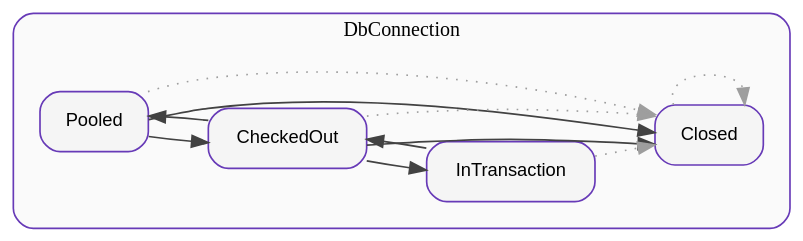
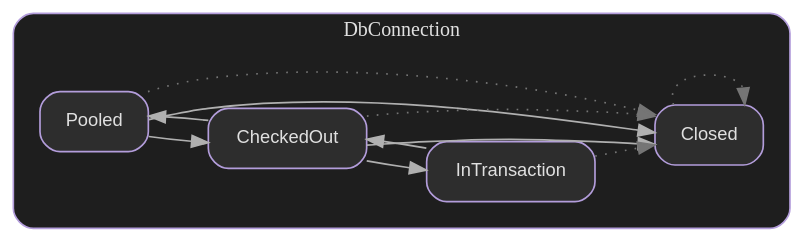
One commit to elijahr/nim-typestates changed the third of 4 diagrams in docs/guide/visualization.md. Above: the diagram before and after it, drawn with Graphviz. The commit also changed other lines of this file and 9 other files, not shown here.

First line of the commit message:
feat(viz): dark mode styling for diagrams matching mkdocs-material slate theme

````diff
--- a/docs/guide/visualization.md
+++ b/docs/guide/visualization.md
@@ -163,36 +165,37 @@
 ```dot
 digraph {
   rankdir=LR;
   bgcolor="transparent";
   pad=0.5;
 
-  node [shape=box, style="rounded,filled", fillcolor="#f5f5f5", color="#673ab7", fontname="Helvetica", fontsize=11, margin="0.2,0.1"];
-  edge [fontname="Helvetica", fontsize=9, color="#424242"];
+  node [shape=box, style="rounded,filled", fillcolor="#2d2d2d", color="#b39ddb", fontcolor="#e0e0e0", fontname="Helvetica", fontsize=11, margin="0.2,0.1"];
+  edge [fontname="Helvetica", fontsize=9, color="#b0b0b0"];
 
   subgraph cluster_DbConnection {
     label="DbConnection";
     fontname="Helvetica Bold";
     fontsize=12;
+    fontcolor="#e0e0e0";
     style="rounded";
-    color="#673ab7";
-    bgcolor="#fafafa";
+    color="#b39ddb";
+    bgcolor="#1e1e1e";
     margin=16;
 
     Pooled;
     CheckedOut;
     InTransaction;
     Closed;
 
     Pooled -> CheckedOut;
     Pooled -> Closed;
     CheckedOut -> Pooled;
     CheckedOut -> InTransaction;
     CheckedOut -> Closed;
     InTransaction -> CheckedOut;
-    Pooled -> Closed [style=dotted, color="#9e9e9e"];
-    CheckedOut -> Closed [style=dotted, color="#9e9e9e"];
-    InTransaction -> Closed [style=dotted, color="#9e9e9e"];
-    Closed -> Closed [style=dotted, color="#9e9e9e"];
+    Pooled -> Closed [style=dotted, color="#757575"];
+    CheckedOut -> Closed [style=dotted, color="#757575"];
+    InTransaction -> Closed [style=dotted, color="#757575"];
+    Closed -> Closed [style=dotted, color="#757575"];
   }
 }
 ```
````
